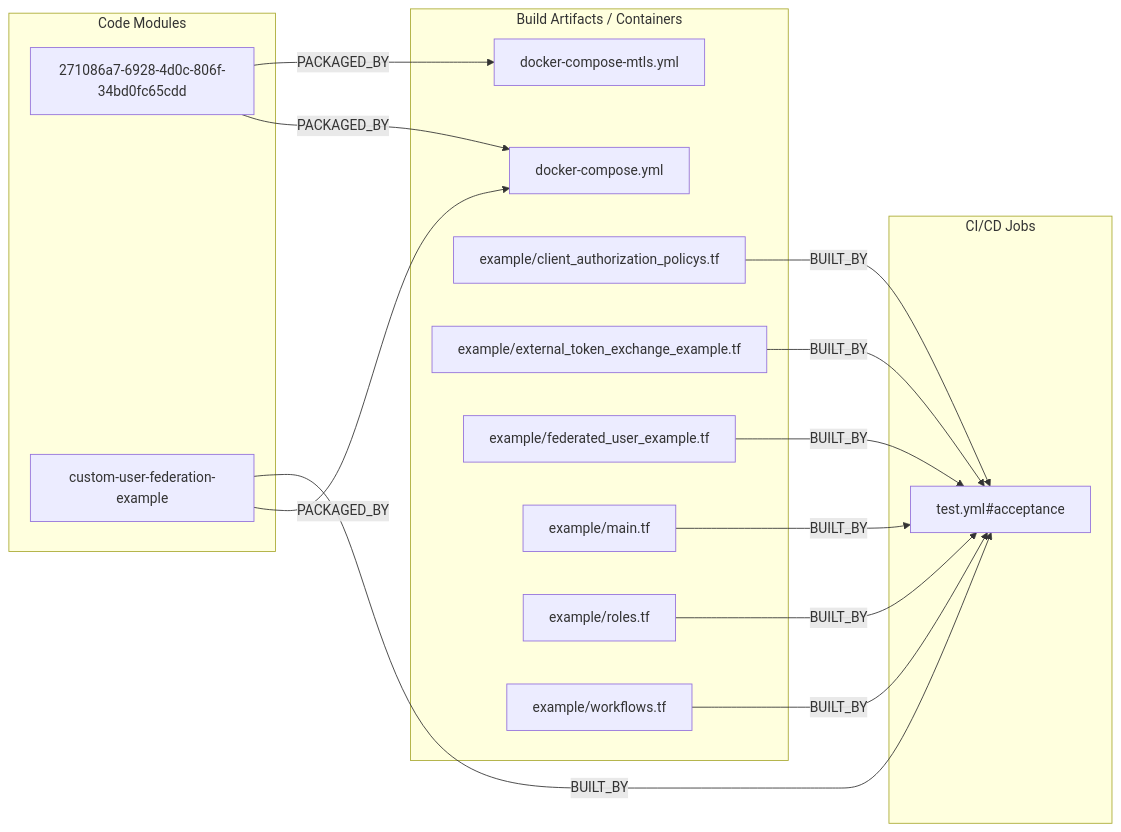
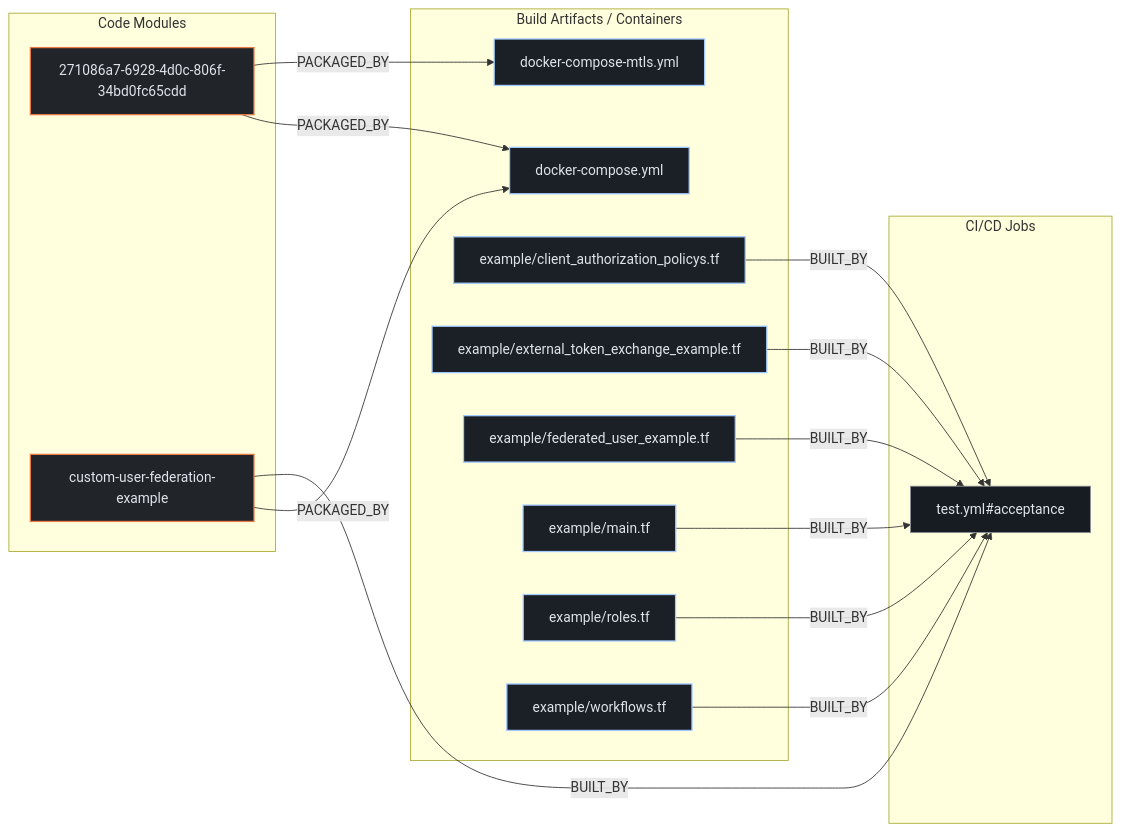
One commit to kumarshaz/atruss-code-atlas changed the second of 3 diagrams in exports/latest/reports/keycloak-terraform-provider-keycloak-report.md. Above: the diagram before and after it, drawn with Mermaid. The commit also changed other lines of this file and 331 other files, not shown here.

Commit message:
docs,ui,fix: update SDLC docs, reorder CI/CD DAG first, stylize Mermaid, and fix Arc42 pipeline topology

````diff
--- a/exports/latest/reports/keycloak-terraform-provider-keycloak-report.md
+++ b/exports/latest/reports/keycloak-terraform-provider-keycloak-report.md
@@ -199,30 +206,34 @@
 ```mermaid
 flowchart LR
+    classDef atlasCategory fill:#212428,stroke:#E87A48,stroke-width:1.5px,color:#dfe3eb
+    classDef atlasWorkflow fill:#1b2026,stroke:#a3c9ff,stroke-width:1.5px,color:#dfe3eb
+    classDef atlasJob fill:#171c22,stroke:#8d9199,stroke-width:1px,color:#dfe3eb
+    classDef atlasTarget fill:#005227,stroke:#8bd99b,stroke-width:1.5px,color:#a7f6b6
     subgraph code_modules["Code Modules"]
-        mod_271086a7_6928_4d0c_806f_34bd0fc65cdd["271086a7-6928-4d0c-806f-34bd0fc65cdd"]
-        mod_custom_user_federation_example["custom-user-federation-example"]
+        mod_271086a7_6928_4d0c_806f_34bd0fc65cdd["271086a7-6928-4d0c-806f-34bd0fc65cdd"]:::atlasCategory
+        mod_custom_user_federation_example["custom-user-federation-example"]:::atlasCategory
     end
     subgraph build_artifacts["Build Artifacts / Containers"]
-        art_docker_compose_mtls_yml["docker-compose-mtls.yml"]
-        art_docker_compose_yml["docker-compose.yml"]
-        art_example_client_authorization_policys_tf["example/client_authorization_policys.tf"]
-        art_example_external_token_exchange_example_tf["example/external_token_exchange_example.tf"]
-        art_example_federated_user_example_tf["example/federated_user_example.tf"]
-        art_example_main_tf["example/main.tf"]
-        art_example_roles_tf["example/roles.tf"]
-        art_example_workflows_tf["example/workflows.tf"]
+        art_docker_compose_mtls_yml["docker-compose-mtls.yml"]:::atlasWorkflow
+        art_docker_compose_yml["docker-compose.yml"]:::atlasWorkflow
+        art_example_client_authorization_policys_tf["example/client_authorization_policys.tf"]:::atlasWorkflow
+        art_example_external_token_exchange_example_tf["example/external_token_exchange_example.tf"]:::atlasWorkflow
+        art_example_federated_user_example_tf["example/federated_user_example.tf"]:::atlasWorkflow
+        art_example_main_tf["example/main.tf"]:::atlasWorkflow
+        art_example_roles_tf["example/roles.tf"]:::atlasWorkflow
+        art_example_workflows_tf["example/workflows.tf"]:::atlasWorkflow
     end
     subgraph ci_jobs["CI/CD Jobs"]
-        job_test_yml_acceptance["test.yml#acceptance"]
+        job_test_yml_acceptance["test.yml#acceptance"]:::atlasJob
     end
     mod_271086a7_6928_4d0c_806f_34bd0fc65cdd -->|PACKAGED_BY| art_docker_compose_mtls_yml
     mod_271086a7_6928_4d0c_806f_34bd0fc65cdd -->|PACKAGED_BY| art_docker_compose_yml
     mod_custom_user_federation_example -->|BUILT_BY| job_test_yml_acceptance
     mod_custom_user_federation_example -->|PACKAGED_BY| art_docker_compose_yml
     art_example_client_authorization_policys_tf -->|BUILT_BY| job_test_yml_acceptance
     art_example_external_token_exchange_example_tf -->|BUILT_BY| job_test_yml_acceptance
     art_example_federated_user_example_tf -->|BUILT_BY| job_test_yml_acceptance
     art_example_main_tf -->|BUILT_BY| job_test_yml_acceptance
     art_example_roles_tf -->|BUILT_BY| job_test_yml_acceptance
     art_example_workflows_tf -->|BUILT_BY| job_test_yml_acceptance
 ```
````
